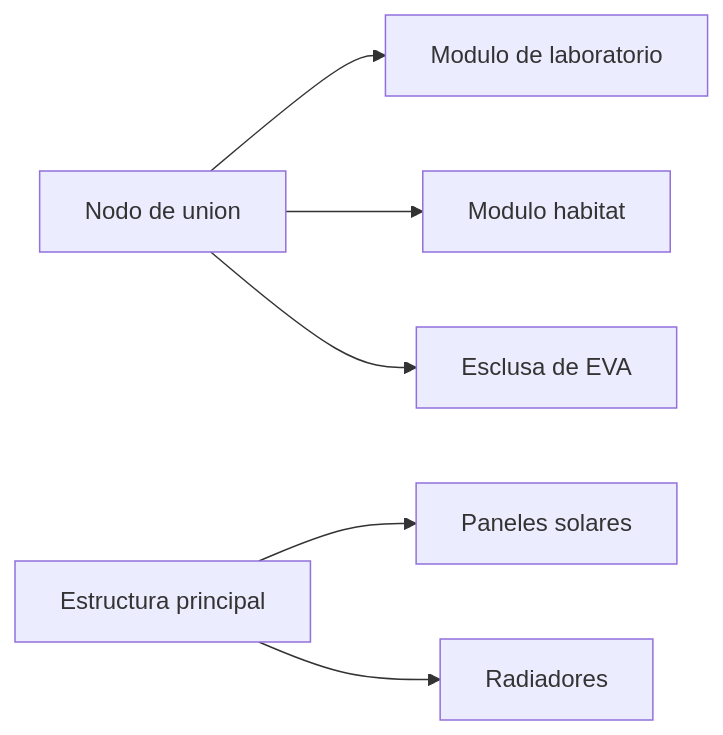
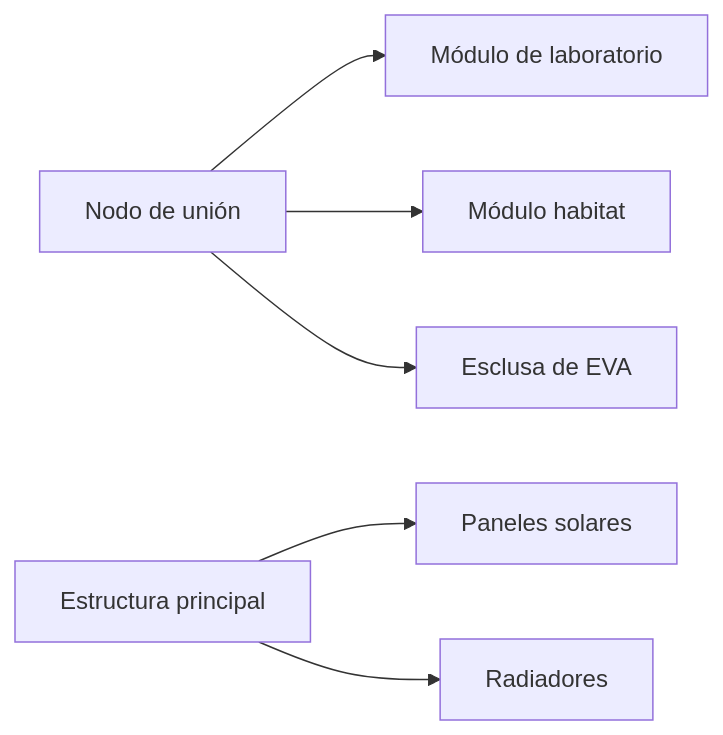
One commit to vladimiracunadev-create/machine-operator-program changed the second of 4 diagrams in vehiculos/estacion-espacial/operacion/sistemas-mecanicos-estacion-espacial.md. Above: the diagram before and after it, drawn with Mermaid. The commit also changed other lines of this file and 442 other files, not shown here.

````diff
--- a/vehiculos/estacion-espacial/operacion/sistemas-mecanicos-estacion-espacial.md
+++ b/vehiculos/estacion-espacial/operacion/sistemas-mecanicos-estacion-espacial.md
@@ -37,8 +37,8 @@
 ```mermaid
 flowchart LR
-    Nodo[Nodo de union] --> Lab[Modulo de laboratorio]
-    Nodo --> Hab[Modulo habitat]
+    Nodo[Nodo de unión] --> Lab[Módulo de laboratorio]
+    Nodo --> Hab[Módulo habitat]
     Nodo --> Esclusa[Esclusa de EVA]
     Estructura[Estructura principal] --> Paneles[Paneles solares]
     Estructura --> Radiadores[Radiadores]
 ```
````
